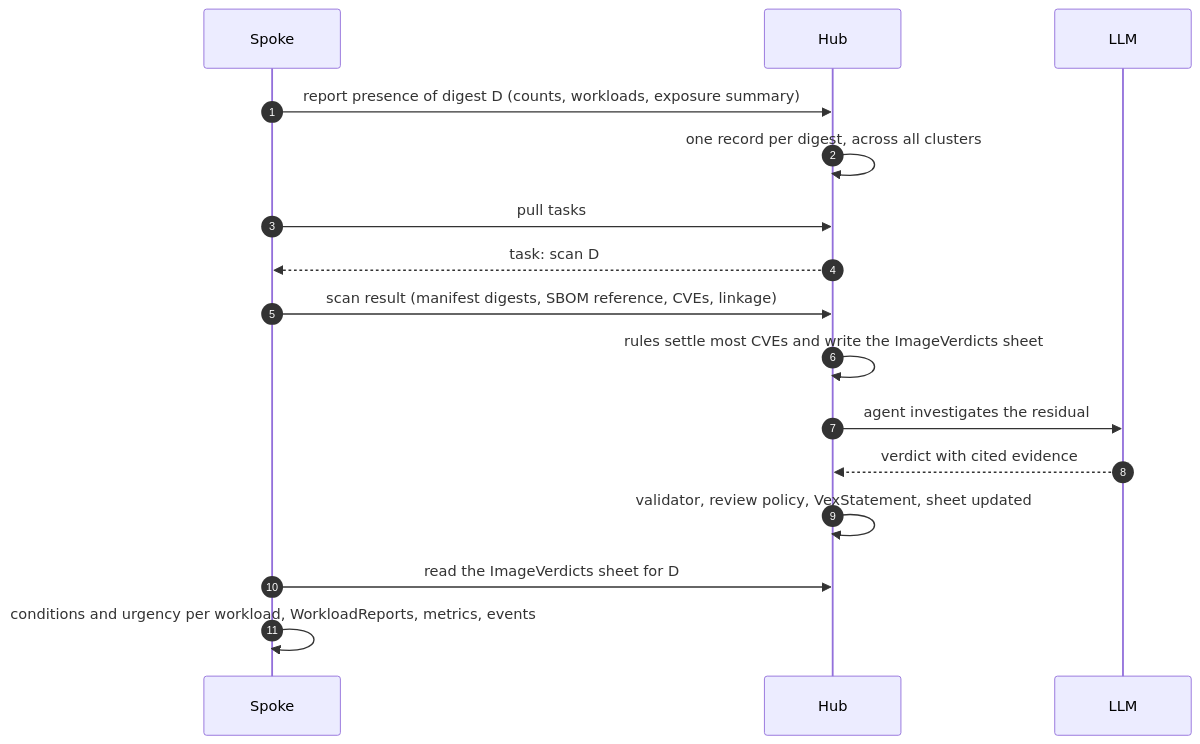
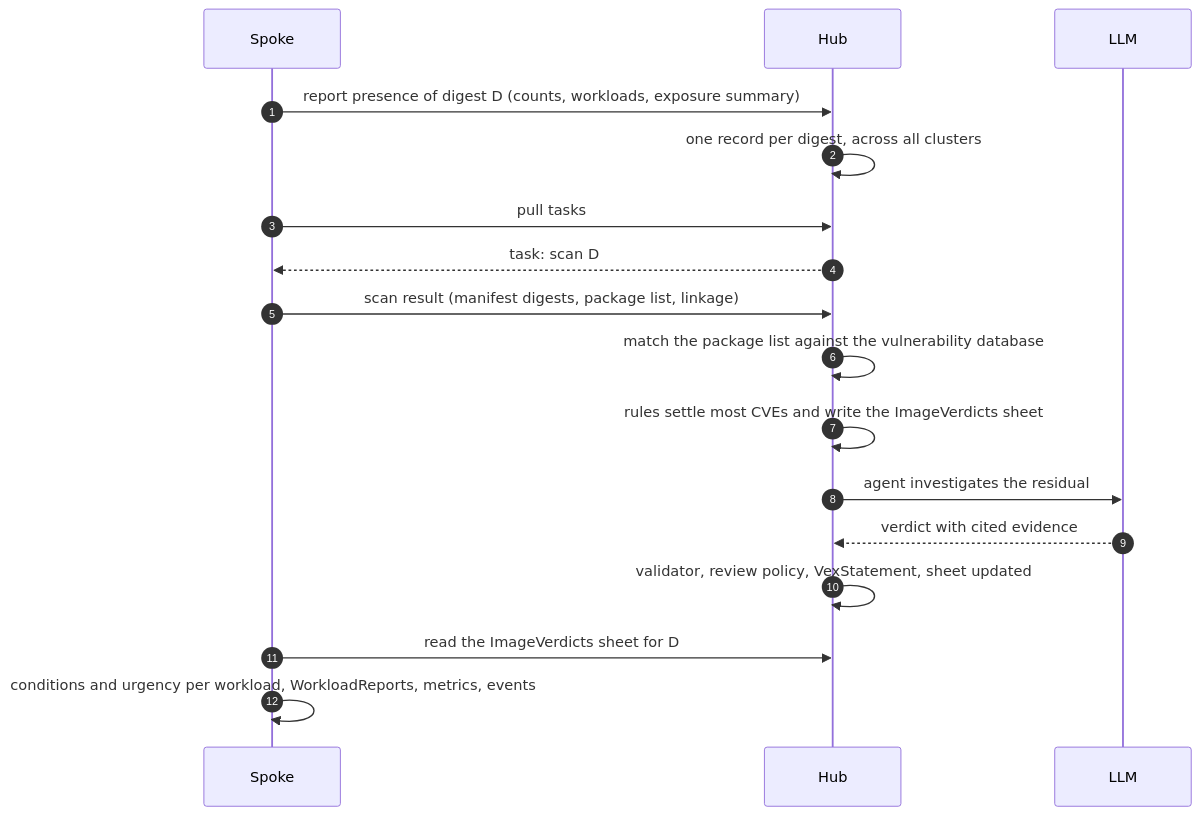
Before and after one commit to bedag/vexplain: the second of 2 diagrams in docs/design/2026-10-29-vexplain-design.md, drawn with Mermaid. The commit also changed other lines of this file and 4 other files, not shown here.

````diff
--- a/docs/design/2026-10-29-vexplain-design.md
+++ b/docs/design/2026-10-29-vexplain-design.md
@@ -219,18 +220,19 @@
 ```mermaid
 sequenceDiagram
   autonumber
   participant S as Spoke
   participant H as Hub
   participant L as LLM
   S->>H: report presence of digest D (counts, workloads, exposure summary)
   H->>H: one record per digest, across all clusters
   S->>H: pull tasks
   H-->>S: task: scan D
-  S->>H: scan result (manifest digests, SBOM reference, CVEs, linkage)
+  S->>H: scan result (manifest digests, package list, linkage)
+  H->>H: match the package list against the vulnerability database
   H->>H: rules settle most CVEs and write the ImageVerdicts sheet
   H->>L: agent investigates the residual
   L-->>H: verdict with cited evidence
   H->>H: validator, review policy, VexStatement, sheet updated
   S->>H: read the ImageVerdicts sheet for D
   S->>S: conditions and urgency per workload, WorkloadReports, metrics, events
 ```
````
